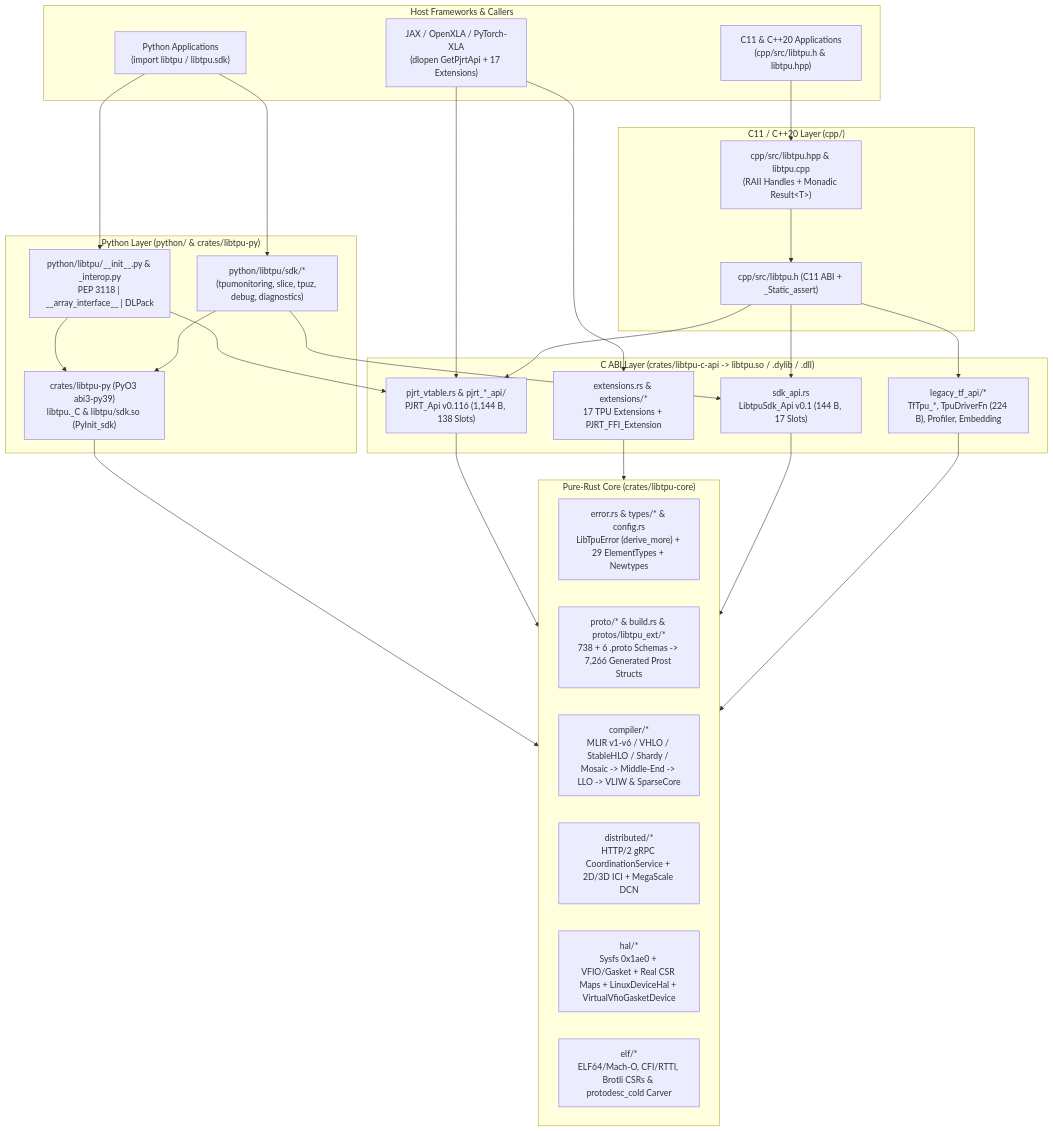
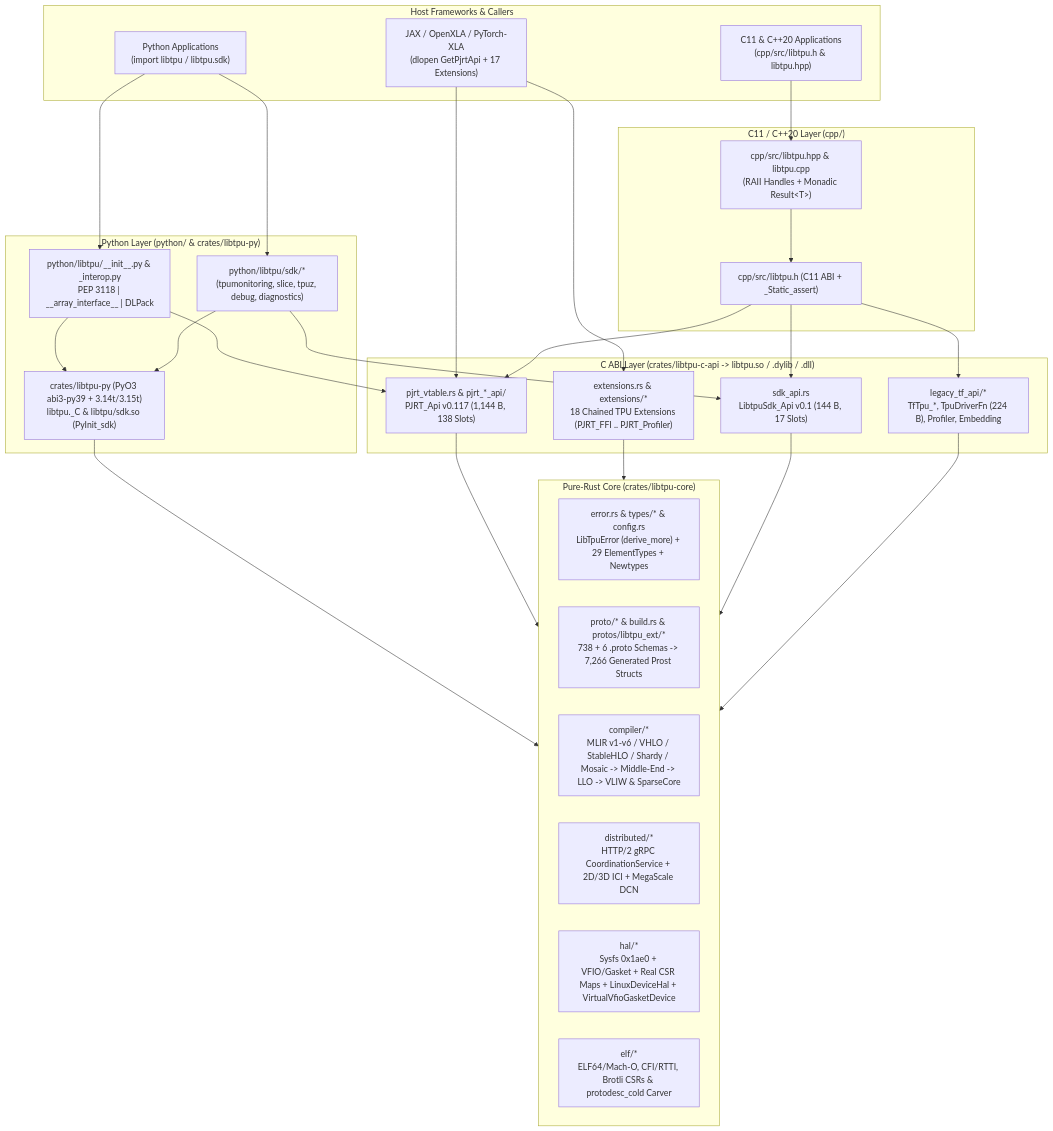
One commit to SamuelMarks/libtpu-rs changed the diagram in ARCHITECTURE.md. Above: the diagram before and after it, drawn with Mermaid. The commit also changed other lines of this file and 113 other files, not shown here.

````diff
--- a/ARCHITECTURE.md
+++ b/ARCHITECTURE.md
@@ -41,43 +41,43 @@
 ```mermaid
 flowchart TD
     subgraph External["Host Frameworks & Callers"]
         JAX["JAX / OpenXLA / PyTorch-XLA<br/>(dlopen GetPjrtApi + 17 Extensions)"]
         CppApp["C11 & C++20 Applications<br/>(cpp/src/libtpu.h & libtpu.hpp)"]
         PyApp["Python Applications<br/>(import libtpu / libtpu.sdk)"]
     end
 
     subgraph PyPkg["Python Layer (python/ & crates/libtpu-py)"]
         PyMod["python/libtpu/__init__.py & _interop.py<br/>PEP 3118 | __array_interface__ | DLPack"]
         PySdk["python/libtpu/sdk/*<br/>(tpumonitoring, slice, tpuz, debug, diagnostics)"]
-        PyO3Crate["crates/libtpu-py (PyO3 abi3-py39)<br/>libtpu._C & libtpu/sdk.so (PyInit_sdk)"]
+        PyO3Crate["crates/libtpu-py (PyO3 abi3-py39 + 3.14t/3.15t)<br/>libtpu._C & libtpu/sdk.so (PyInit_sdk)"]
     end
 
     subgraph CppLayer["C11 / C++20 Layer (cpp/)"]
         CHdr["cpp/src/libtpu.h (C11 ABI + _Static_assert)"]
         CppSdk["cpp/src/libtpu.hpp & libtpu.cpp<br/>(RAII Handles + Monadic Result&lt;T&gt;)"]
     end
 
     subgraph CApi["C ABI Layer (crates/libtpu-c-api -> libtpu.so / .dylib / .dll)"]
-        PjrtVtbl["pjrt_vtable.rs & pjrt_*_api/<br/>PJRT_Api v0.116 (1,144 B, 138 Slots)"]
-        ExtChain["extensions.rs & extensions/*<br/>17 TPU Extensions + PJRT_FFI_Extension"]
+        PjrtVtbl["pjrt_vtable.rs & pjrt_*_api/<br/>PJRT_Api v0.117 (1,144 B, 138 Slots)"]
+        ExtChain["extensions.rs & extensions/*<br/>18 Chained TPU Extensions (PJRT_FFI .. PJRT_Profiler)"]
         SdkVtbl["sdk_api.rs<br/>LibtpuSdk_Api v0.1 (144 B, 17 Slots)"]
         LegacyTf["legacy_tf_api/*<br/>TfTpu_*, TpuDriverFn (224 B), Profiler, Embedding"]
     end
 
     subgraph Core["Pure-Rust Core (crates/libtpu-core)"]
         ErrTypes["error.rs & types/* & config.rs<br/>LibTpuError (derive_more) + 29 ElementTypes + Newtypes"]
         Proto["proto/* & build.rs & protos/libtpu_ext/*<br/>738 + 6 .proto Schemas -> 7,266 Generated Prost Structs"]
         Compiler["compiler/*<br/>MLIR v1-v6 / VHLO / StableHLO / Shardy / Mosaic -> Middle-End -> LLO -> VLIW & SparseCore"]
         Dist["distributed/*<br/>HTTP/2 gRPC CoordinationService + 2D/3D ICI + MegaScale DCN"]
         Hal["hal/*<br/>Sysfs 0x1ae0 + VFIO/Gasket + Real CSR Maps + LinuxDeviceHal + VirtualVfioGasketDevice"]
         Elf["elf/*<br/>ELF64/Mach-O, CFI/RTTI, Brotli CSRs & protodesc_cold Carver"]
     end
 
     JAX --> PjrtVtbl & ExtChain
     CppApp --> CppSdk --> CHdr --> PjrtVtbl & SdkVtbl & LegacyTf
     PyApp --> PyMod & PySdk
     PyMod --> PyO3Crate & PjrtVtbl
     PySdk --> PyO3Crate & SdkVtbl
     PyO3Crate --> Core
     PjrtVtbl & ExtChain & SdkVtbl & LegacyTf --> Core
 ```
````
